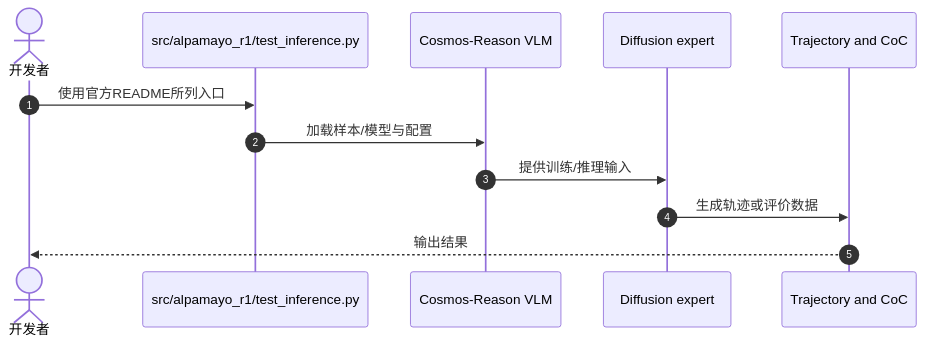
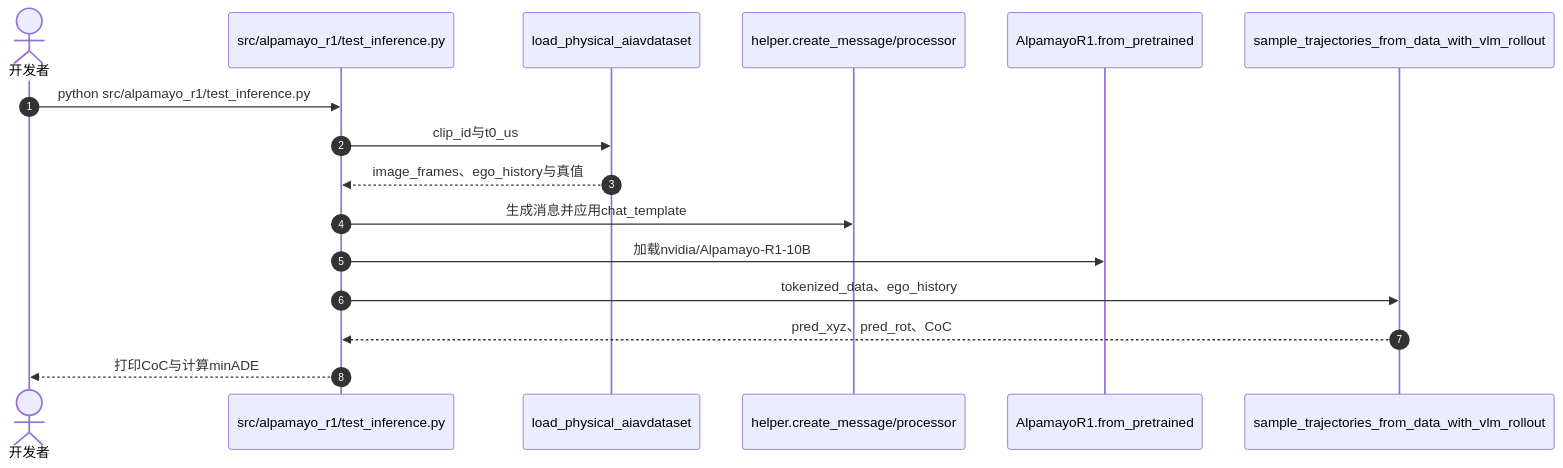
One commit to ImChong/Robotics_Notebooks changed the second of 2 diagrams in wiki/entities/paper-alpamayo-r1-2511-00088.md. Above: the diagram before and after it, drawn with Mermaid. The commit also changed 8 other files, not shown here.

Commit message:
docs(wiki): 校正 ReCogDrive 官方执行路径并细化源码运行时序图

````diff
--- a/wiki/entities/paper-alpamayo-r1-2511-00088.md
+++ b/wiki/entities/paper-alpamayo-r1-2511-00088.md
@@ -62,14 +62,18 @@
 ```mermaid
 sequenceDiagram
   autonumber
-  actor User as 开发者
-  participant Script as src/alpamayo_r1/test_inference.py
-  participant First as Cosmos-Reason VLM
-  participant Second as Diffusion expert
-  participant Output as Trajectory and CoC
-  User->>Script: 使用官方README所列入口
-  Script->>First: 加载样本/模型与配置
-  First->>Second: 提供训练/推理输入
-  Second->>Output: 生成轨迹或评价数据
-  Output-->>User: 输出结果
+  actor Dev as 开发者
+  participant Test as src/alpamayo_r1/test_inference.py
+  participant Loader as load_physical_aiavdataset
+  participant Helper as helper.create_message/processor
+  participant Model as AlpamayoR1.from_pretrained
+  participant Sample as sample_trajectories_from_data_with_vlm_rollout
+  Dev->>Test: python src/alpamayo_r1/test_inference.py
+  Test->>Loader: clip_id与t0_us
+  Loader-->>Test: image_frames、ego_history与真值
+  Test->>Helper: 生成消息并应用chat_template
+  Test->>Model: 加载nvidia/Alpamayo-R1-10B
+  Test->>Sample: tokenized_data、ego_history
+  Sample-->>Test: pred_xyz、pred_rot、CoC
+  Test-->>Dev: 打印CoC与计算minADE
 ```
````
